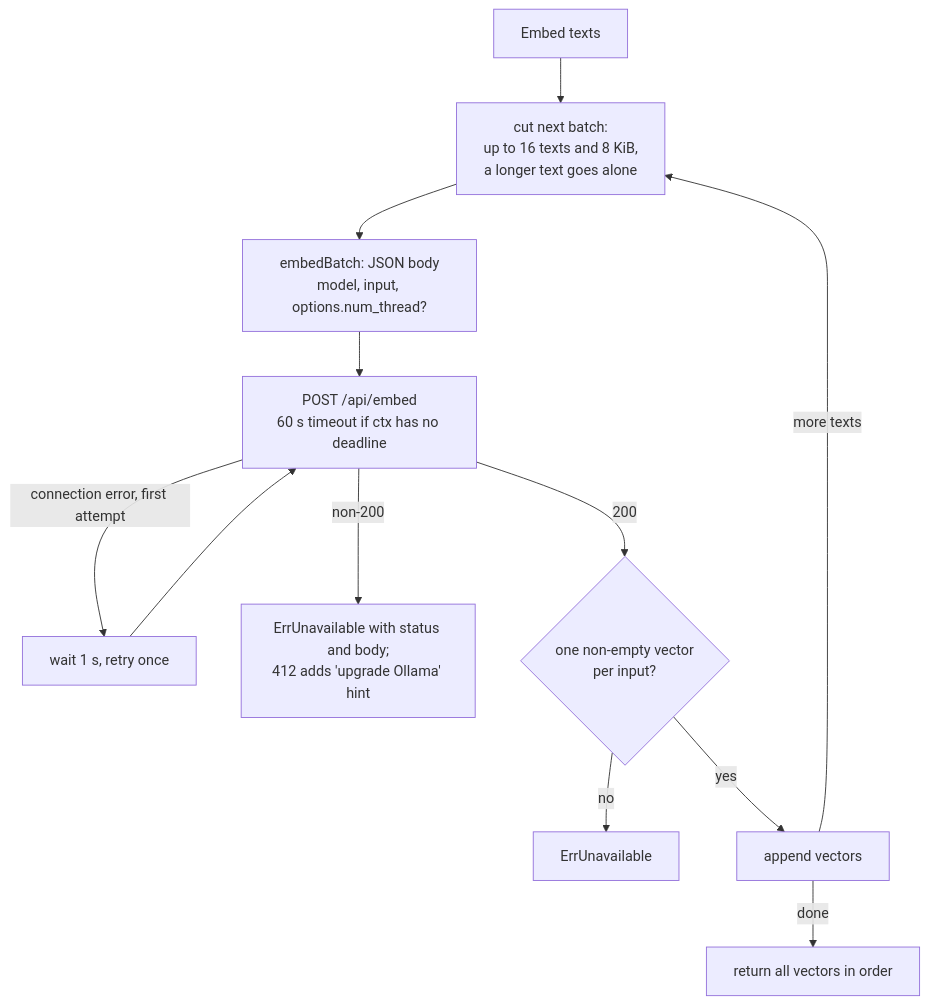
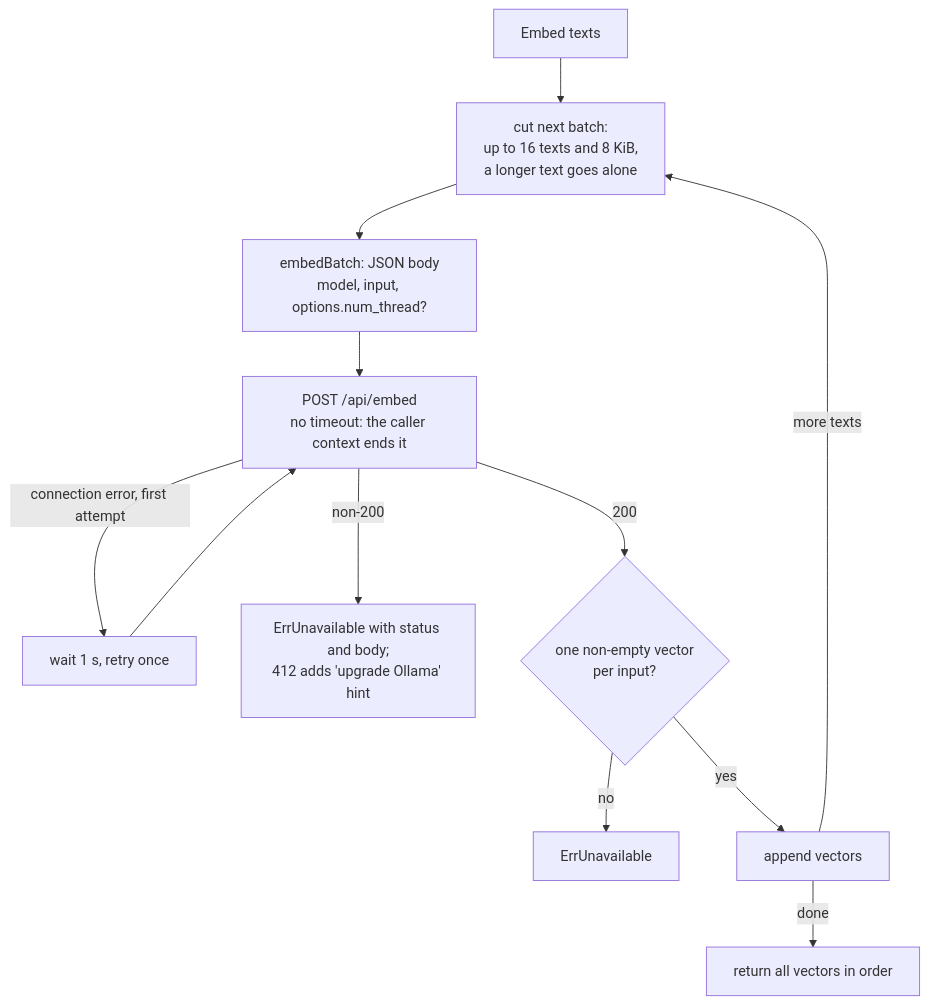
One commit to doITmagic/rag-code-mcp changed the second of 2 diagrams in embed/README.md. Above: the diagram before and after it, drawn with Mermaid. The commit also changed other lines of this file and 13 other files, not shown here.

````diff
--- a/embed/README.md
+++ b/embed/README.md
@@ -122,14 +122,14 @@
 ```mermaid
 flowchart TD
     A[Embed texts] --> B[cut next batch:<br/>up to 16 texts and 8 KiB,<br/>a longer text goes alone]
     B --> C[embedBatch: JSON body<br/>model, input, options.num_thread?]
-    C --> D[POST /api/embed<br/>60 s timeout if ctx has no deadline]
+    C --> D[POST /api/embed<br/>no timeout: the caller context ends it]
     D -->|connection error, first attempt| E[wait 1 s, retry once]
     E --> D
     D -->|non-200| F[ErrUnavailable with status and body;<br/>412 adds 'upgrade Ollama' hint]
     D -->|200| G{one non-empty vector<br/>per input?}
     G -->|no| H[ErrUnavailable]
     G -->|yes| I[append vectors]
     I -->|more texts| B
     I -->|done| J[return all vectors in order]
 ```
````
